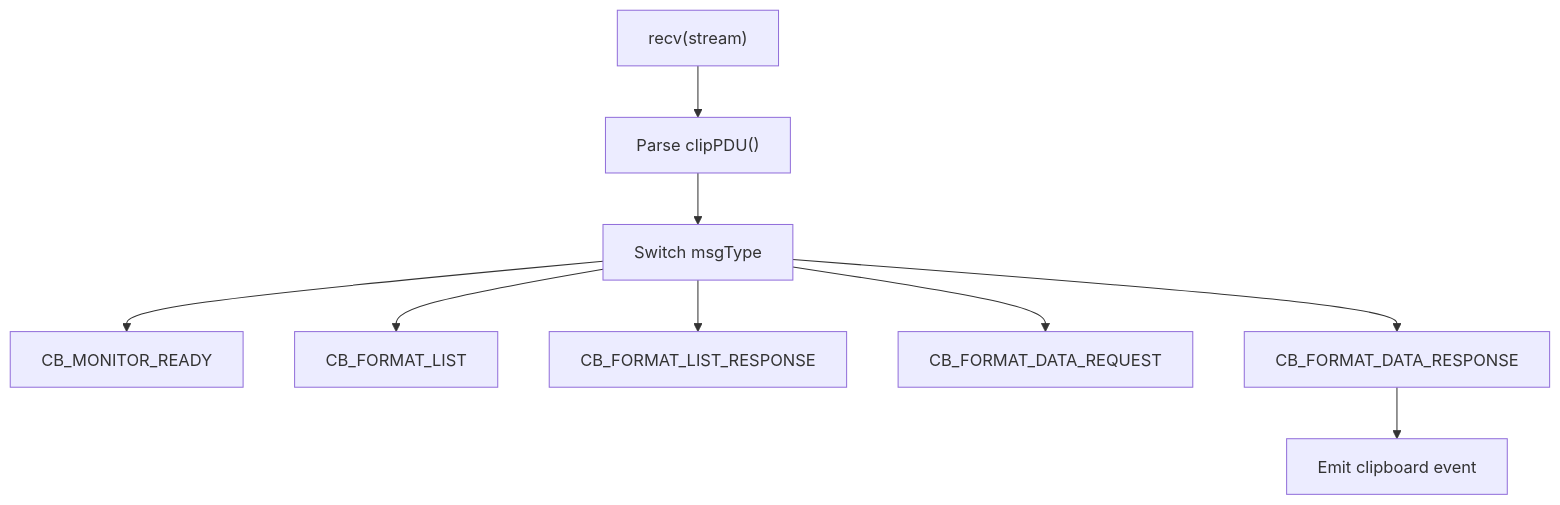
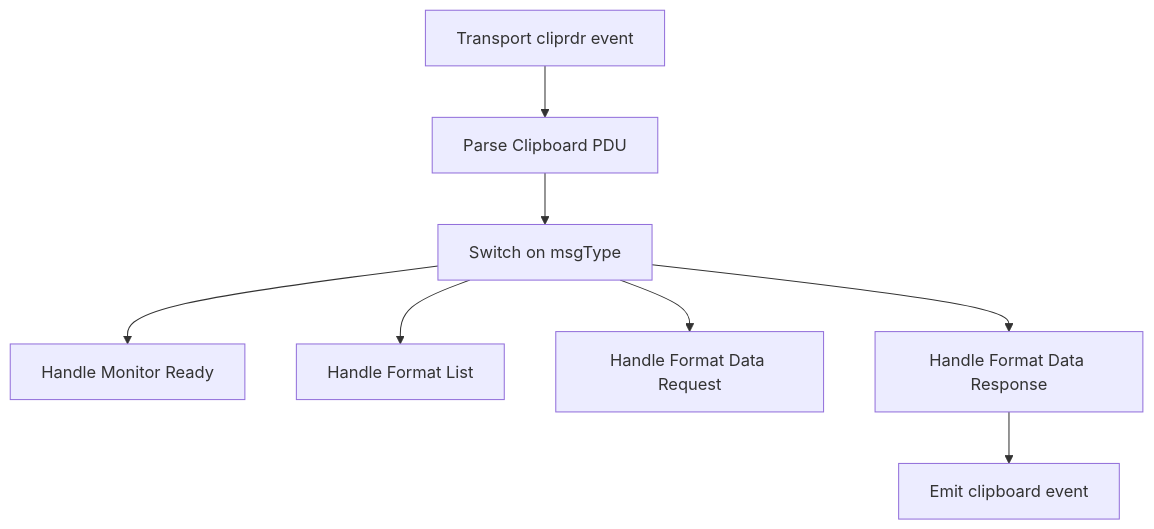
Before and after one commit to Ylianst/MeshCentral: the sixth of 10 diagrams in docs/reference/architecture/cliprdr/cliprdr.md, drawn with Mermaid. The commit also changed other lines of this file and 642 other files, not shown here.

````diff
--- a/docs/reference/architecture/cliprdr/cliprdr.md
+++ b/docs/reference/architecture/cliprdr/cliprdr.md
@@ -151,11 +185,10 @@
 ```mermaid
 flowchart TD
-    RecvStart["recv(stream)"] --> Parse["Parse clipPDU()"]
-    Parse --> Switch["Switch msgType"]
-    Switch --> Monitor["CB_MONITOR_READY"]
-    Switch --> FormatList["CB_FORMAT_LIST"]
-    Switch --> FormatListResp["CB_FORMAT_LIST_RESPONSE"]
-    Switch --> DataReq["CB_FORMAT_DATA_REQUEST"]
-    Switch --> DataResp["CB_FORMAT_DATA_RESPONSE"]
-    DataResp --> Emit["Emit clipboard event"]
+    Receive["Transport cliprdr event"] --> Parse["Parse Clipboard PDU"]
+    Parse --> Switch["Switch on msgType"]
+    Switch --> MonitorReady["Handle Monitor Ready"]
+    Switch --> FormatList["Handle Format List"]
+    Switch --> FormatDataReq["Handle Format Data Request"]
+    Switch --> FormatDataResp["Handle Format Data Response"]
+    FormatDataResp --> Emit["Emit clipboard event"]
 ```
````
